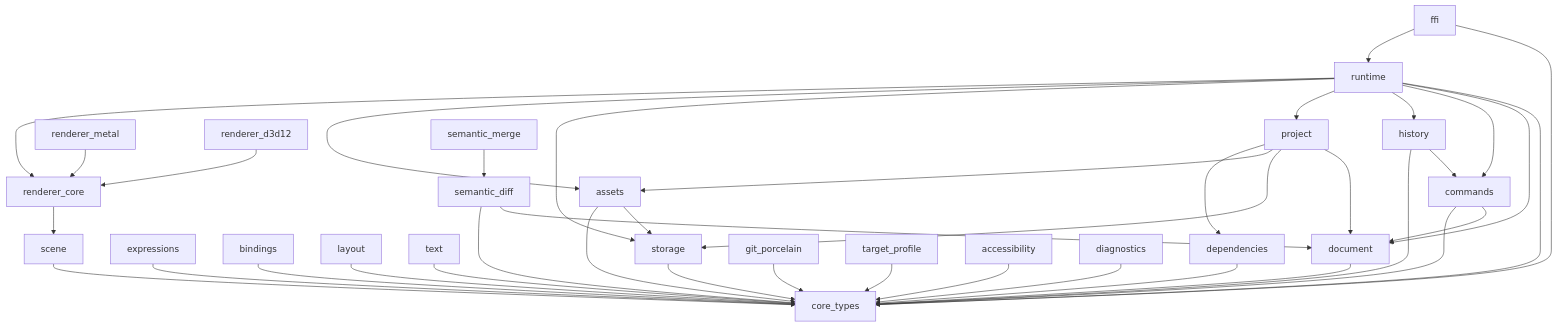
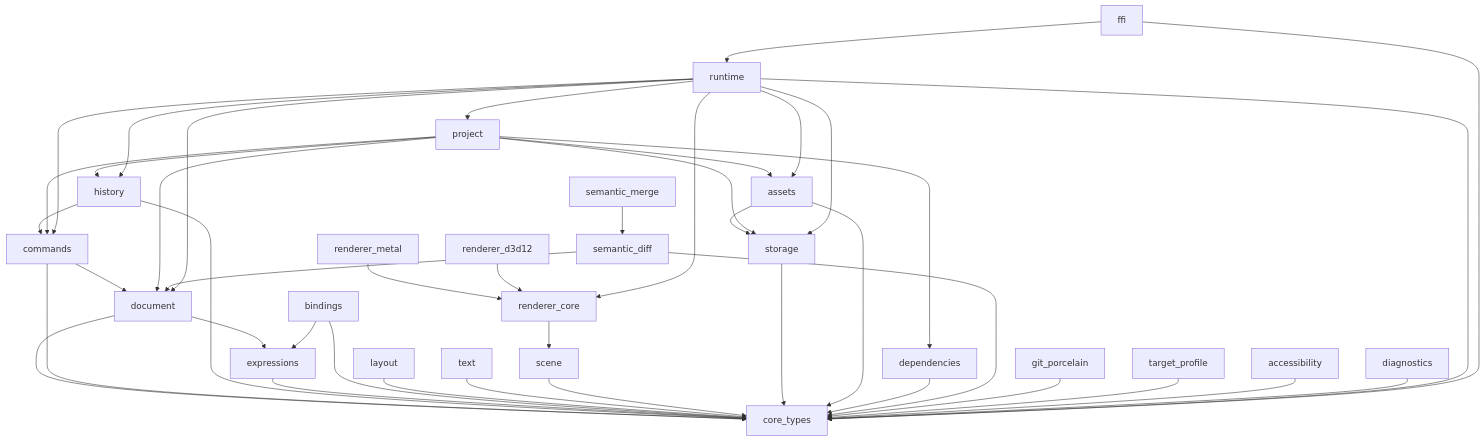
The diagram in docs/architecture/crate-dependency-graph.md (taeyoon0137/project-stellar), drawn with Mermaid before and after one commit. The commit also changed other lines of this file and 1 other file, not shown here.

Commit message:
Chore: document·bindings→expressions, project→commands·history 의존 허용

````diff
--- a/docs/architecture/crate-dependency-graph.md
+++ b/docs/architecture/crate-dependency-graph.md
@@ -38,41 +38,45 @@
 ```mermaid
 graph TD
   document --> core_types
+  document --> expressions
   commands --> document
   commands --> core_types
   history --> commands
   history --> core_types
   expressions --> core_types
   bindings --> core_types
+  bindings --> expressions
   layout --> core_types
   text --> core_types
   scene --> core_types
   renderer_core --> scene
   renderer_metal --> renderer_core
   renderer_d3d12 --> renderer_core
   storage --> core_types
   assets --> storage
   assets --> core_types
   dependencies --> core_types
   project --> document
   project --> storage
   project --> assets
   project --> dependencies
+  project --> commands
+  project --> history
   semantic_diff --> document
   semantic_diff --> core_types
   semantic_merge --> semantic_diff
   git_porcelain --> core_types
   target_profile --> core_types
   accessibility --> core_types
   diagnostics --> core_types
   runtime --> core_types
   runtime --> document
   runtime --> commands
   runtime --> history
   runtime --> project
   runtime --> storage
   runtime --> assets
   runtime --> renderer_core
   ffi --> core_types
   ffi --> runtime
 ```
````
